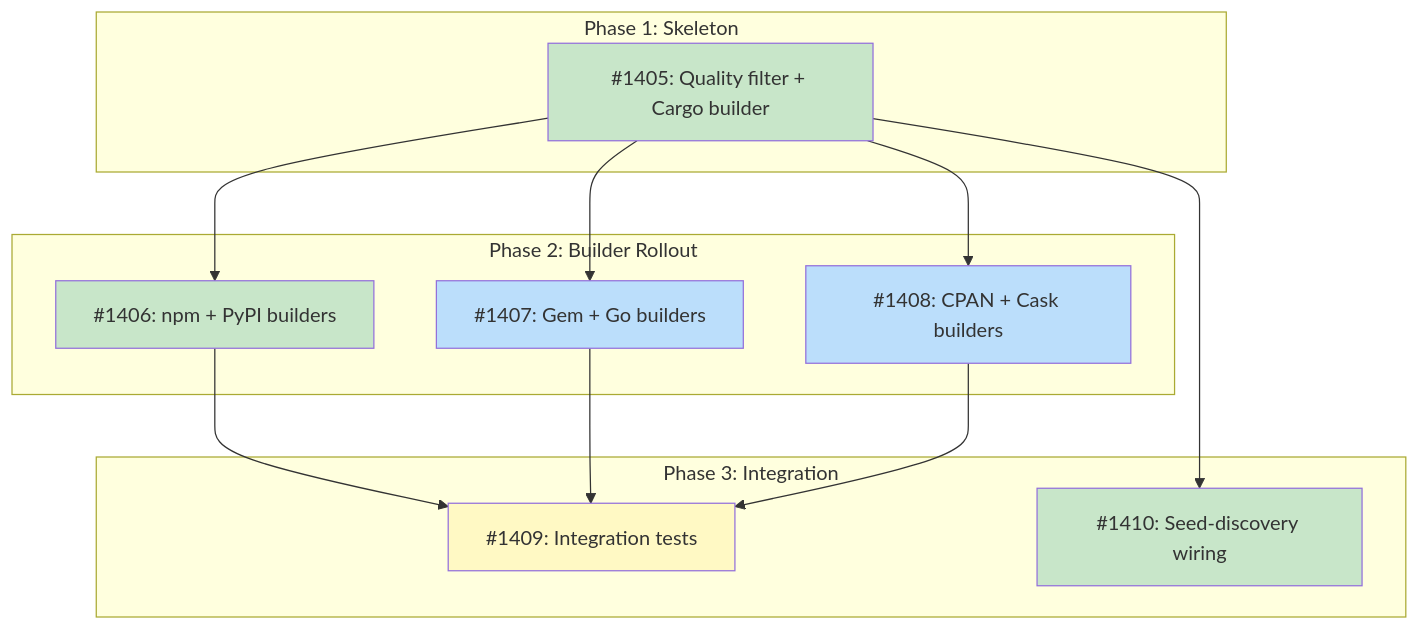
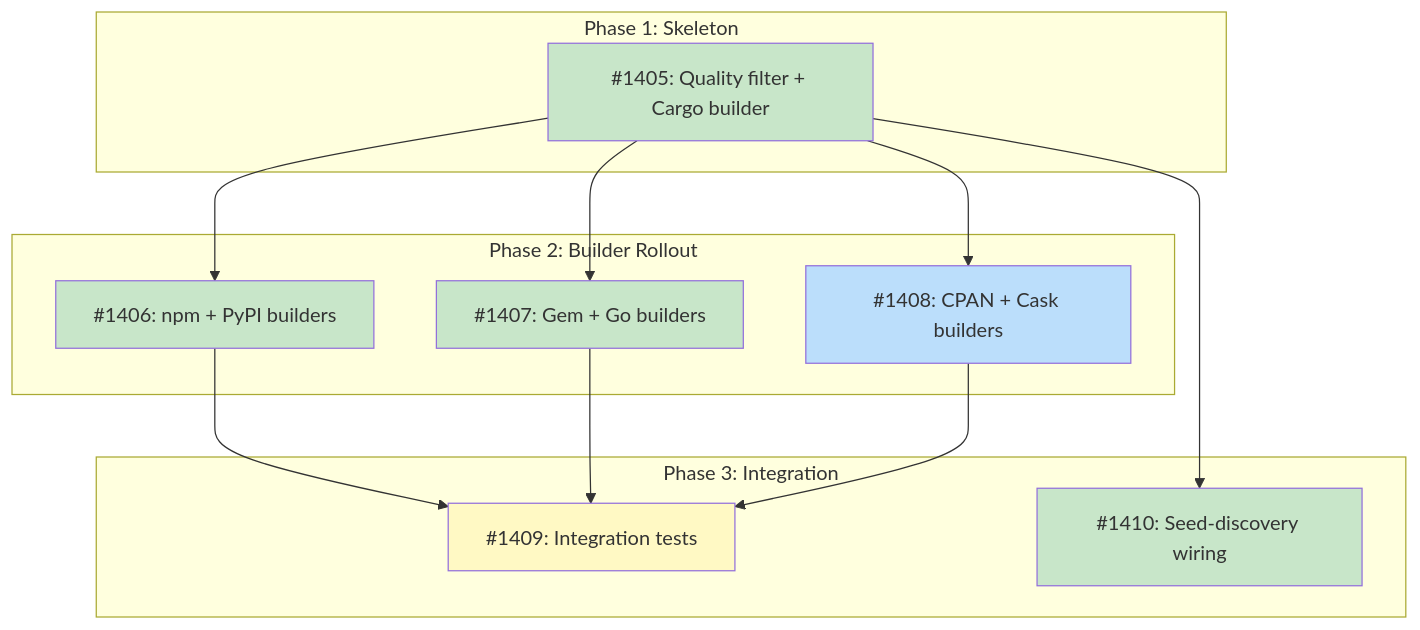
One commit to tsukumogami/tsuku changed the diagram in docs/designs/DESIGN-probe-quality-filtering.md. Above: the diagram before and after it, drawn with Mermaid. The commit also changed other lines of this file and 4 other files, not shown here.

````diff
--- a/docs/designs/DESIGN-probe-quality-filtering.md
+++ b/docs/designs/DESIGN-probe-quality-filtering.md
@@ -38,36 +38,37 @@
 ```mermaid
 graph TD
     subgraph Phase1["Phase 1: Skeleton"]
         I1405["#1405: Quality filter + Cargo builder"]
     end
 
     subgraph Phase2["Phase 2: Builder Rollout"]
         I1406["#1406: npm + PyPI builders"]
         I1407["#1407: Gem + Go builders"]
         I1408["#1408: CPAN + Cask builders"]
     end
 
     subgraph Phase3["Phase 3: Integration"]
         I1409["#1409: Integration tests"]
         I1410["#1410: Seed-discovery wiring"]
     end
 
     I1405 --> I1406
     I1405 --> I1407
     I1405 --> I1408
     I1406 --> I1409
     I1407 --> I1409
     I1408 --> I1409
     I1405 --> I1410
 
     classDef done fill:#c8e6c9
     classDef ready fill:#bbdefb
     classDef blocked fill:#fff9c4
     classDef needsDesign fill:#e1bee7
 
     class I1405 done
     class I1406 done
-    class I1407,I1408 ready
+    class I1407 done
+    class I1408 ready
     class I1410 done
     class I1409 blocked
 ```
````
